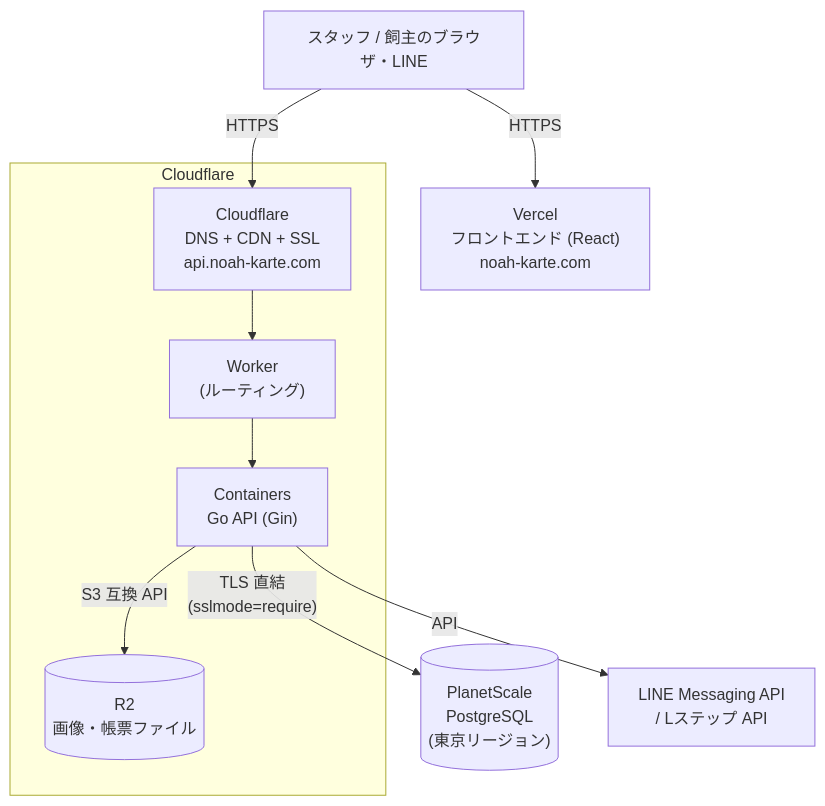
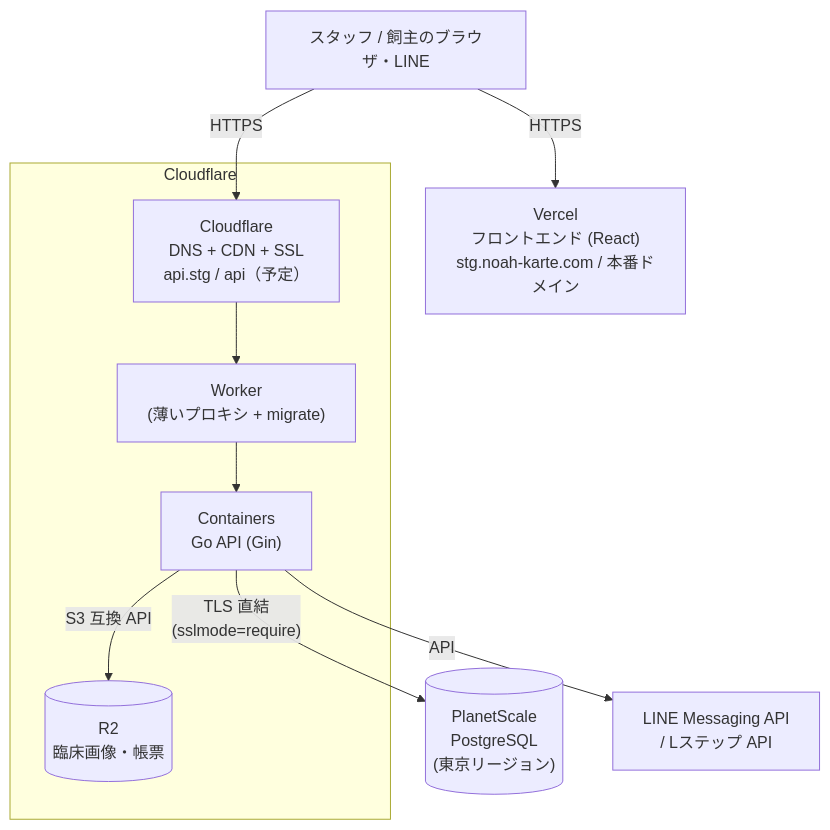
One commit to MinoruSoga/AnimalEkarte changed the diagram in docs/delivery/DELIVERY_PACKAGE.md. Above: the diagram before and after it, drawn with Mermaid. The commit also changed other lines of this file and 1 other file, not shown here.

````diff
--- a/docs/delivery/DELIVERY_PACKAGE.md
+++ b/docs/delivery/DELIVERY_PACKAGE.md
@@ -13,14 +16,14 @@
 ```mermaid
 flowchart TB
-  User[スタッフ / 飼主のブラウザ・LINE] -->|HTTPS| Vercel["Vercel<br/>フロントエンド (React)<br/>noah-karte.com"]
-  User -->|HTTPS| CFDNS["Cloudflare<br/>DNS + CDN + SSL<br/>api.noah-karte.com"]
+  User[スタッフ / 飼主のブラウザ・LINE] -->|HTTPS| Vercel["Vercel<br/>フロントエンド (React)<br/>stg.noah-karte.com / 本番ドメイン"]
+  User -->|HTTPS| CFDNS["Cloudflare<br/>DNS + CDN + SSL<br/>api.stg / api（予定）"]
 
   subgraph CF[Cloudflare]
-    CFDNS --> Worker["Worker<br/>(ルーティング)"]
+    CFDNS --> Worker["Worker<br/>(薄いプロキシ + migrate)"]
     Worker --> Container["Containers<br/>Go API (Gin)"]
-    Container -->|"S3 互換 API"| R2[("R2<br/>画像・帳票ファイル")]
+    Container -->|"S3 互換 API"| R2[("R2<br/>臨床画像・帳票")]
   end
 
   Container -->|"TLS 直結<br/>(sslmode=require)"| PS[("PlanetScale<br/>PostgreSQL<br/>(東京リージョン)")]
   Container -->|API| LINE["LINE Messaging API<br/>/ Lステップ API"]
 ```
````
